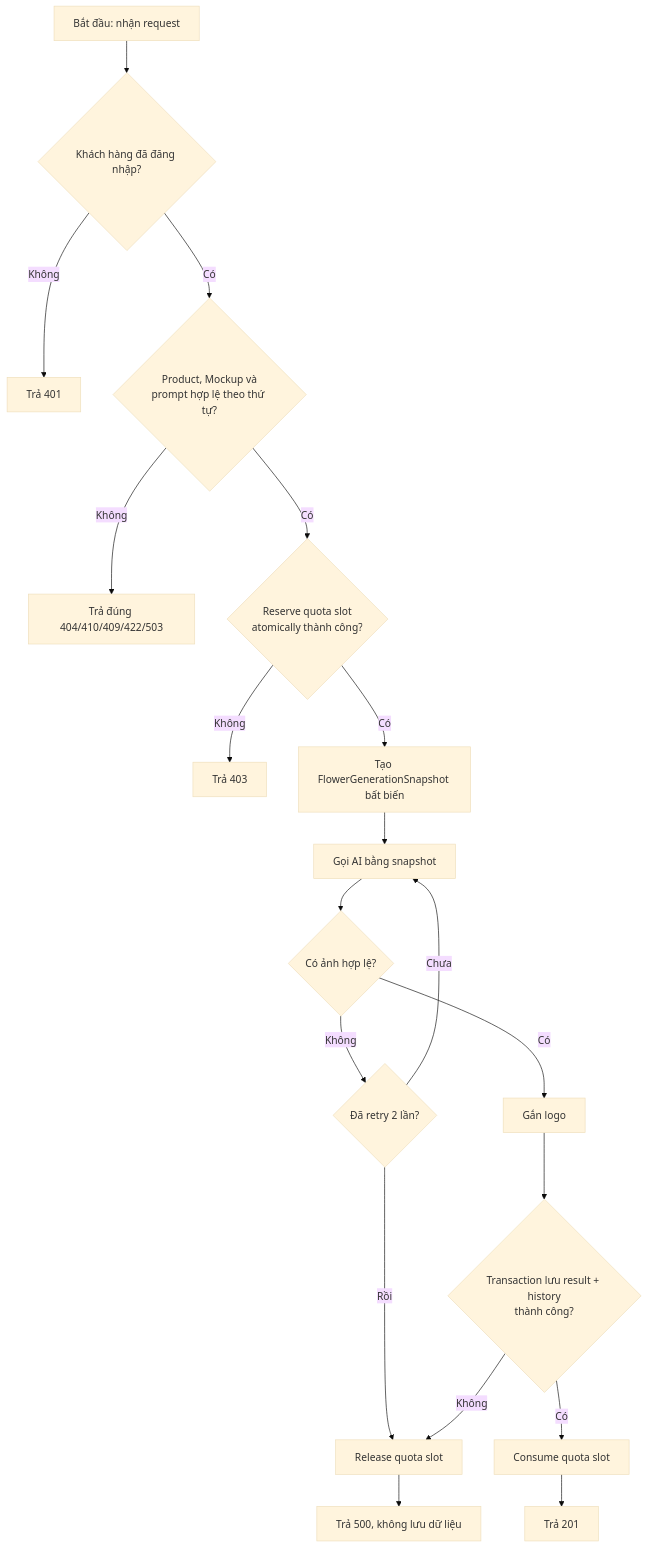
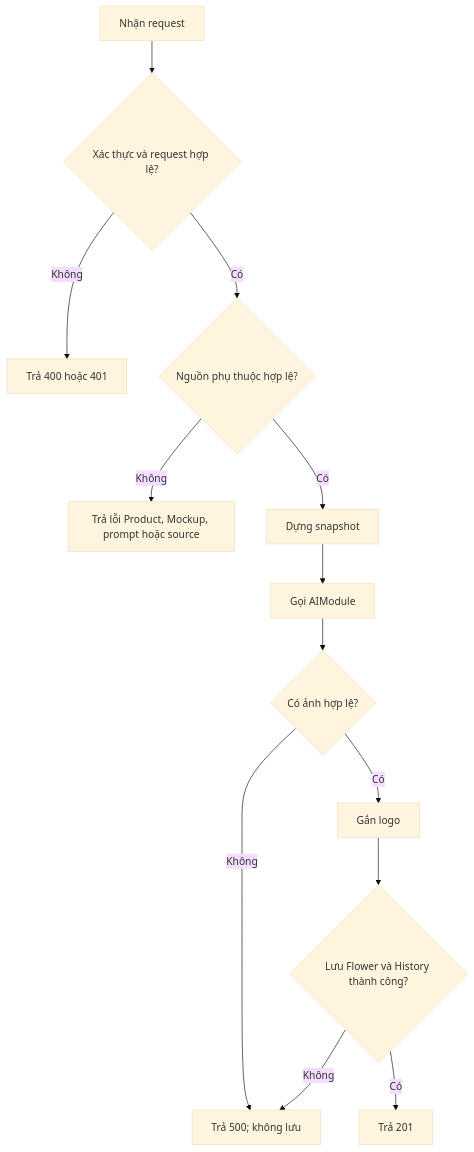
One commit to 161seconds/document-first-brief changed the third of 4 diagrams in hoa-theo-mua-ai-flourist/TDD/TDD-016/TDD-016-tao-yeu-cau-va-mau-hoa-ai.md. Above: the diagram before and after it, drawn with Mermaid (base theme). The commit also changed other lines of this file and 24 other files, not shown here.

````diff
--- a/hoa-theo-mua-ai-flourist/TDD/TDD-016/TDD-016-tao-yeu-cau-va-mau-hoa-ai.md
+++ b/hoa-theo-mua-ai-flourist/TDD/TDD-016/TDD-016-tao-yeu-cau-va-mau-hoa-ai.md
@@ -236,21 +142,15 @@
 ```mermaid
 flowchart TD
-    A[Bắt đầu: nhận request] --> B{Khách hàng đã đăng nhập?}
-    B -->|Không| X401[Trả 401]
-    B -->|Có| C{Product, Mockup và<br/>prompt hợp lệ theo thứ tự?}
-    C -->|Không| XDEP[Trả đúng 404/410/409/422/503]
-    C -->|Có| D{Reserve quota slot<br/>atomically thành công?}
-    D -->|Không| X403[Trả 403]
-    D -->|Có| SNAP[Tạo FlowerGenerationSnapshot bất biến]
-    SNAP --> E[Gọi AI bằng snapshot]
+    A[Nhận request] --> B{Xác thực và request hợp lệ?}
+    B -->|Không| E1[Trả 400 hoặc 401]
+    B -->|Có| C{Nguồn phụ thuộc hợp lệ?}
+    C -->|Không| E2[Trả lỗi Product, Mockup, prompt hoặc source]
+    C -->|Có| D[Dựng snapshot]
+    D --> E[Gọi AIModule]
     E --> F{Có ảnh hợp lệ?}
-    F -->|Không| G{Đã retry 2 lần?}
-    G -->|Chưa| E
-    G -->|Rồi| REL[Release quota slot]
-    REL --> X500[Trả 500, không lưu dữ liệu]
-    F -->|Có| H[Gắn logo]
-    H --> I{Transaction lưu result + history<br/>thành công?}
-    I -->|Không| REL
-    I -->|Có| J[Consume quota slot]
-    J --> K[Trả 201]
+    F -->|Không| E3[Trả 500; không lưu]
+    F -->|Có| G[Gắn logo]
+    G --> H{Lưu Flower và History thành công?}
+    H -->|Không| E3
+    H -->|Có| I[Trả 201]
 ```
````
